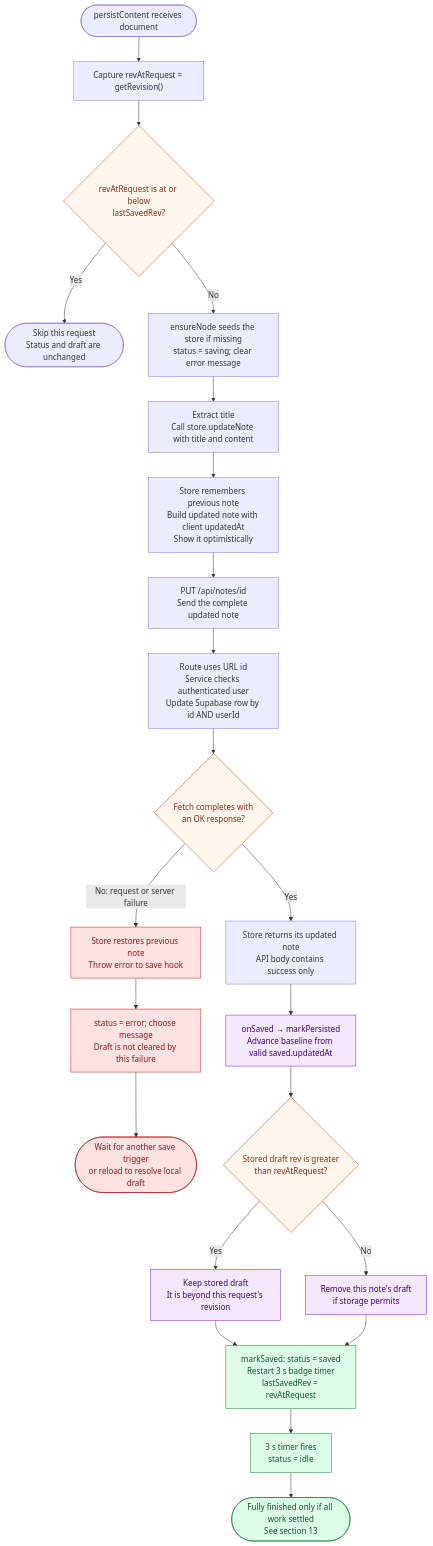
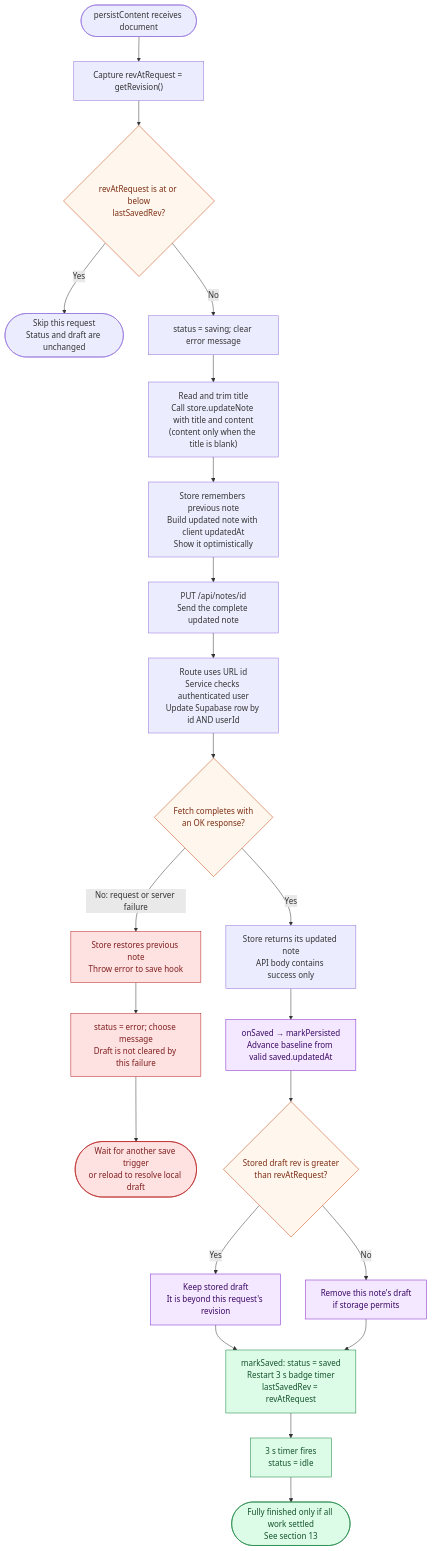
Before and after one commit to youseffswd/note-management: the third of 10 diagrams in docs/note-editor-flow.md, drawn with Mermaid. The commit also changed other lines of this file and 12 other files, not shown here.

````diff
--- a/docs/note-editor-flow.md
+++ b/docs/note-editor-flow.md
@@ -126,32 +126,32 @@
 ```mermaid
 flowchart TD
     A([persistContent receives document]) --> B["Capture revAtRequest = getRevision()"]
     B --> C{"revAtRequest is at or below<br/>lastSavedRev?"}
     C -->|Yes| D(["Skip this request<br/>Status and draft are unchanged"])
-    C -->|No| E["ensureNode seeds the store if missing<br/>status = saving; clear error message"]
-    E --> F["Extract title<br/>Call store.updateNote with title and content"]
+    C -->|No| E["status = saving; clear error message"]
+    E --> F["Read and trim title<br/>Call store.updateNote with title and content<br/>(content only when the title is blank)"]
     F --> G["Store remembers previous note<br/>Build updated note with client updatedAt<br/>Show it optimistically"]
     G --> H["PUT /api/notes/id<br/>Send the complete updated note"]
     H --> I["Route uses URL id<br/>Service checks authenticated user<br/>Update Supabase row by id AND userId"]
     I --> J{"Fetch completes with<br/>an OK response?"}
     J -->|No: request or server failure| K["Store restores previous note<br/>Throw error to save hook"]
     K --> L["status = error; choose message<br/>Draft is not cleared by this failure"]
     L --> M(["Wait for another save trigger<br/>or reload to resolve local draft"])
     J -->|Yes| N["Store returns its updated note<br/>API body contains success only"]
     N --> O["onSaved → markPersisted<br/>Advance baseline from valid saved.updatedAt"]
     O --> P{"Stored draft rev is greater<br/>than revAtRequest?"}
     P -->|Yes| Q["Keep stored draft<br/>It is beyond this request's revision"]
     P -->|No| R["Remove this note's draft<br/>if storage permits"]
     Q --> S["markSaved: status = saved<br/>Restart 3 s badge timer<br/>lastSavedRev = revAtRequest"]
     R --> S
     S --> T["3 s timer fires<br/>status = idle"]
     T --> U(["Fully finished only if all work settled<br/>See section 13"])
     classDef local fill:#f3e8ff,stroke:#7e22ce,color:#3b0764;
     classDef good fill:#dcfce7,stroke:#15803d,color:#14532d;
     classDef bad fill:#fee2e2,stroke:#b91c1c,color:#7f1d1d;
     classDef choice fill:#fff7ed,stroke:#c2410c,color:#7c2d12;
     class O,Q,R local;
     class S,T,U good;
     class K,L,M bad;
     class C,J,P choice;
 ```
````
